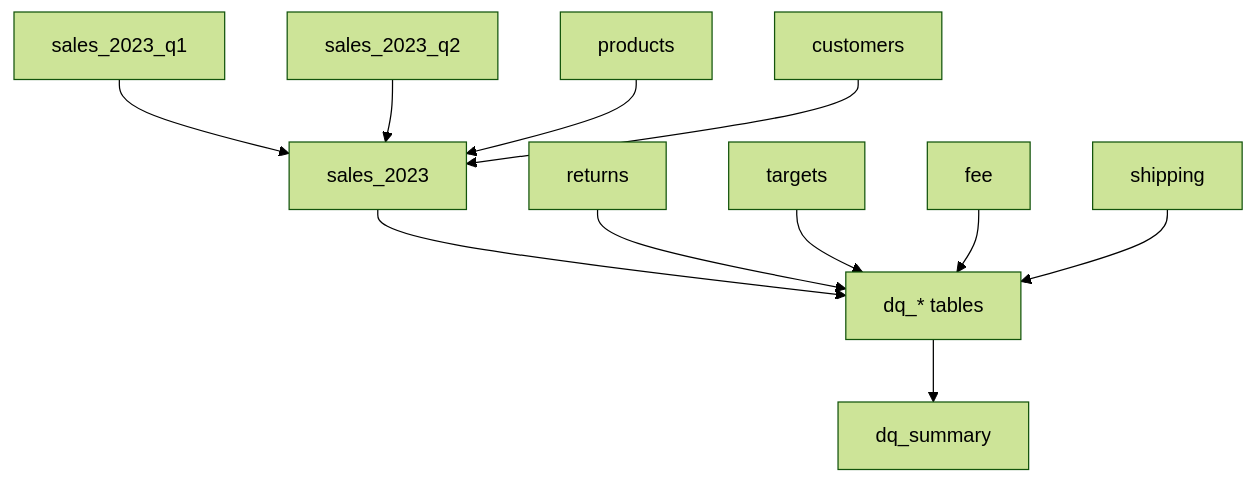
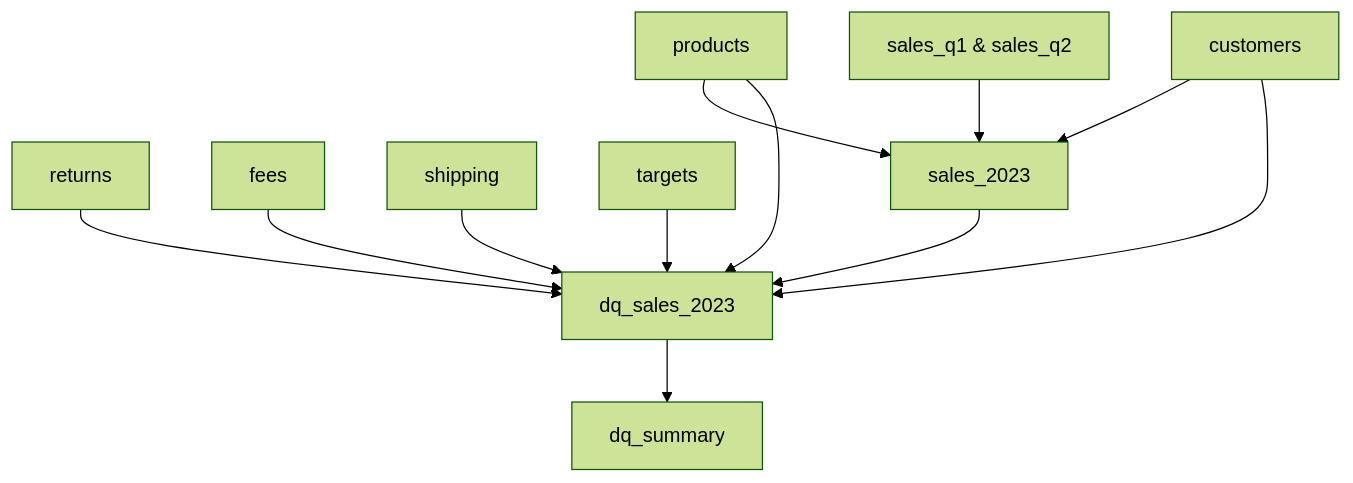
One commit to moniburnejko/ecommerce-etl-dq changed the diagram in etl/etl-pipeline.md. Above: the diagram before and after it, drawn with Mermaid (forest theme). The commit also changed other lines of this file, not shown here.

Commit message:
Revise ETL pipeline architecture and components
Updated ETL pipeline documentation to reflect changes in data sources and outputs.

````diff
--- a/etl/etl-pipeline.md
+++ b/etl/etl-pipeline.md
@@ -13,25 +13,25 @@
 ```mermaid
 flowchart TD
-  A[sales_2023_q1]
-  B[sales_2023_q2]
-  C[products]
-  D[customers]
-  E[returns]
-  F[targets]
-  G[fee]
-  H[shipping]
-  I[sales_2023]
-  J[dq_* tables]
-  K[dq_summary]
+  A[sales_q1 & sales_q2]
+  B[products]
+  C[customers]
+  D[returns]
+  E[fees]
+  F[shipping]
+  G[targets]
+  H[sales_2023]
+  I[dq_sales_2023]
+  J[dq_summary]
 
-  A --> I
+  A --> H
+  B --> H
+  C --> H
   B --> I
   C --> I
   D --> I
+  E --> I
+  F --> I
+  G --> I
+  H --> I
   I --> J
-  E --> J
-  F --> J
-  G --> J
-  H --> J
-  J --> K
 ```
````
